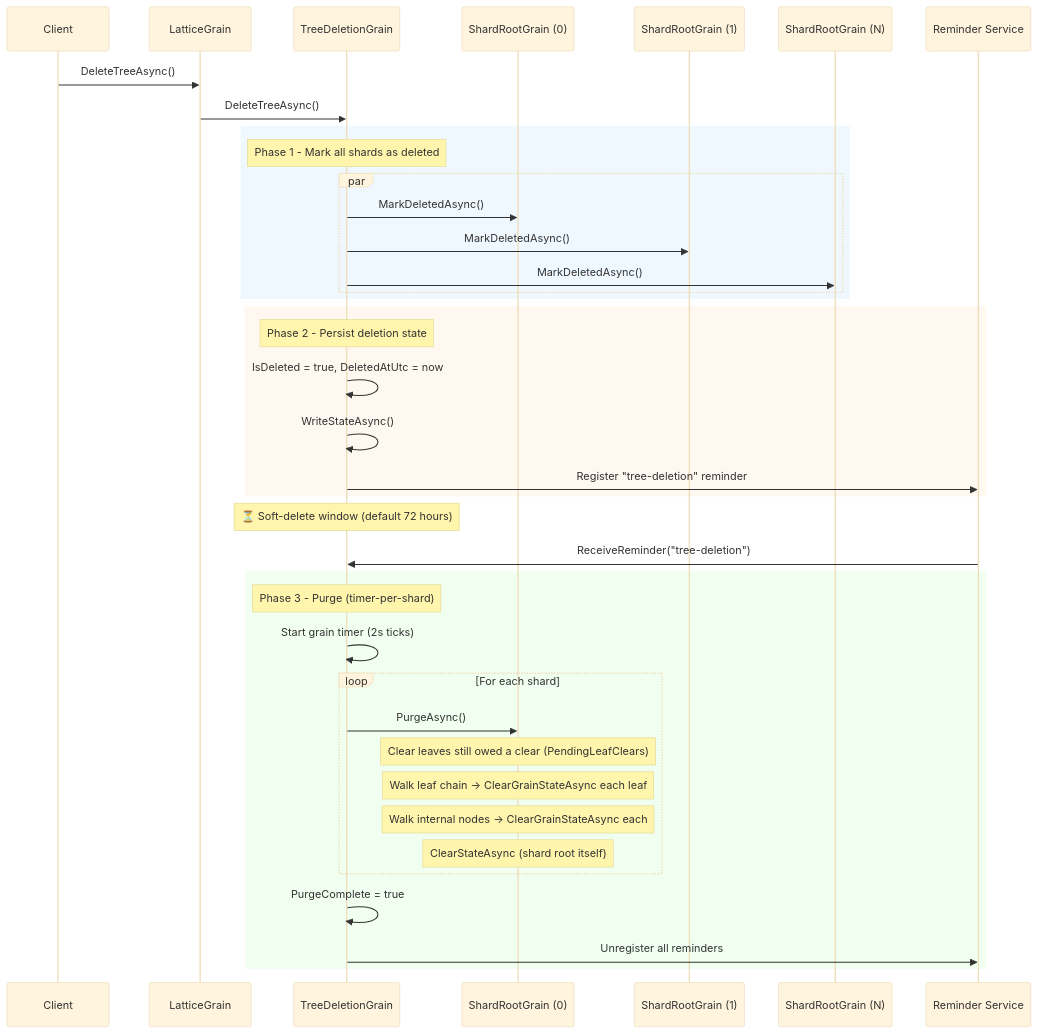
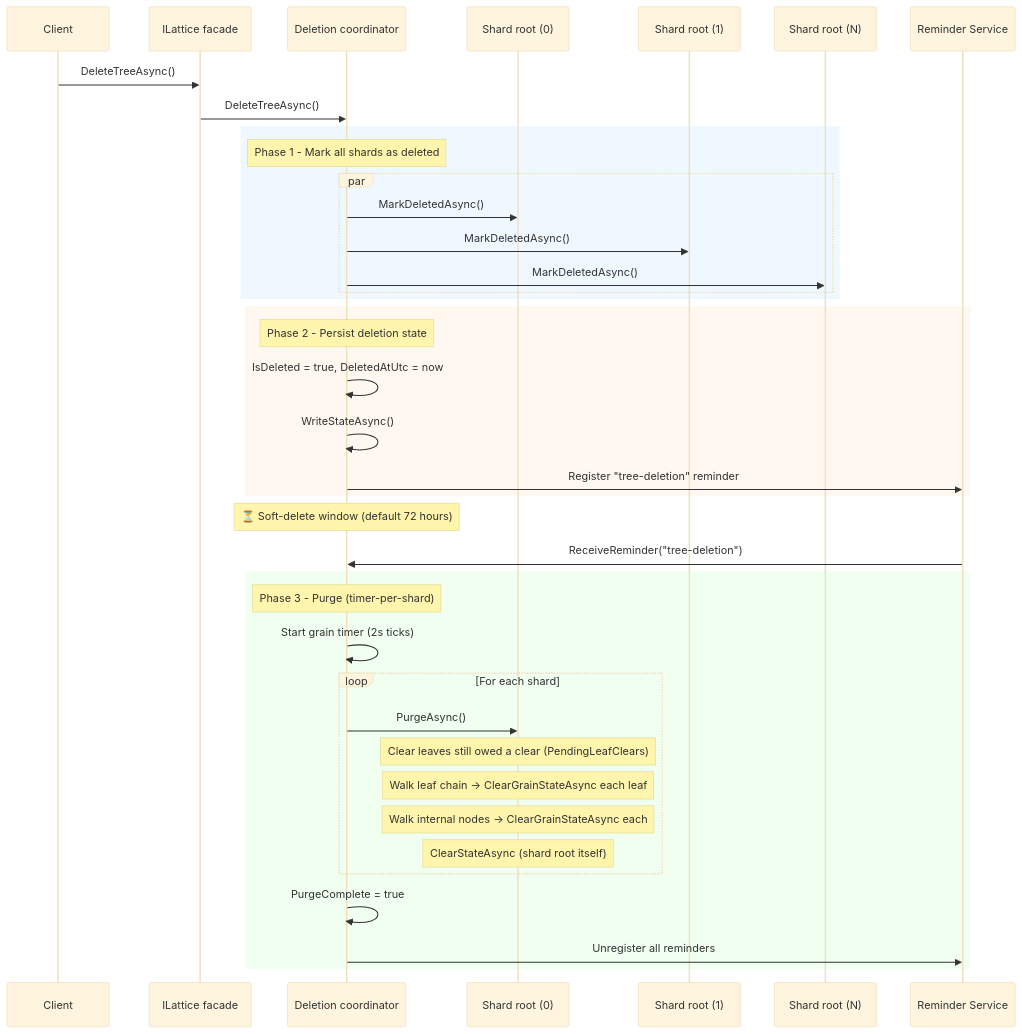
The diagram in docs/lattice/tree-deletion.md (NSTA1/Orleans.Lattice), drawn with Mermaid (base theme) before and after one commit. The commit also changed other lines of this file and 202 other files, not shown here.

````diff
--- a/docs/lattice/tree-deletion.md
+++ b/docs/lattice/tree-deletion.md
@@ -20,47 +20,47 @@
 ```mermaid
 sequenceDiagram
     participant Client
-    participant L as LatticeGrain
-    participant D as TreeDeletionGrain
-    participant S0 as ShardRootGrain (0)
-    participant S1 as ShardRootGrain (1)
-    participant SN as ShardRootGrain (N)
+    participant L as ILattice facade
+    participant D as Deletion coordinator
+    participant S0 as Shard root (0)
+    participant S1 as Shard root (1)
+    participant SN as Shard root (N)
     participant R as Reminder Service
 
     Client->>L: DeleteTreeAsync()
     L->>D: DeleteTreeAsync()
 
     rect rgb(240, 248, 255)
     Note over D: Phase 1 - Mark all shards as deleted
     par
         D->>S0: MarkDeletedAsync()
         D->>S1: MarkDeletedAsync()
         D->>SN: MarkDeletedAsync()
     end
     end
 
     rect rgb(255, 248, 240)
     Note over D: Phase 2 - Persist deletion state
     D->>D: IsDeleted = true, DeletedAtUtc = now
     D->>D: WriteStateAsync()
     D->>R: Register "tree-deletion" reminder
     end
 
     Note over D: ⏳ Soft-delete window (default 72 hours)
 
     R->>D: ReceiveReminder("tree-deletion")
 
     rect rgb(240, 255, 240)
     Note over D: Phase 3 - Purge (timer-per-shard)
     D->>D: Start grain timer (2s ticks)
     loop For each shard
         D->>S0: PurgeAsync()
         Note over S0: Clear leaves still owed a clear (PendingLeafClears)
         Note over S0: Walk leaf chain → ClearGrainStateAsync each leaf
         Note over S0: Walk internal nodes → ClearGrainStateAsync each
         Note over S0: ClearStateAsync (shard root itself)
     end
     D->>D: PurgeComplete = true
     D->>R: Unregister all reminders
     end
 ```
````
